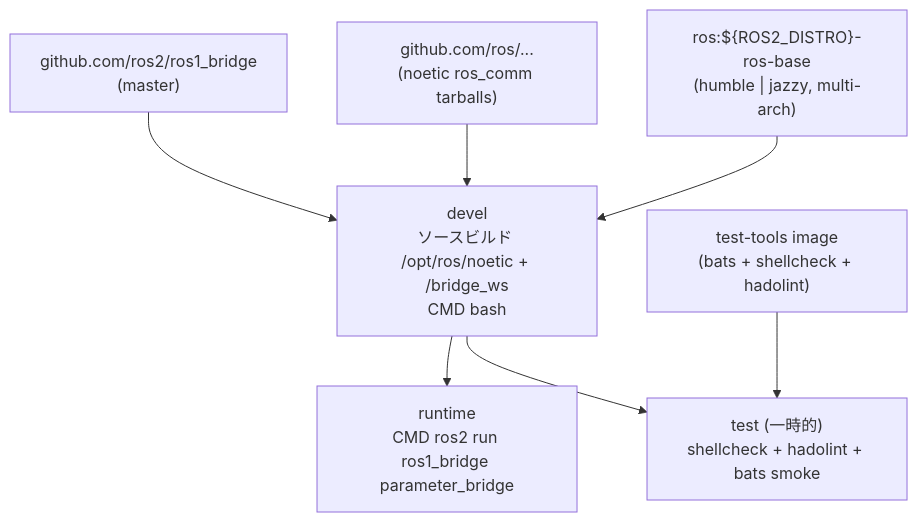
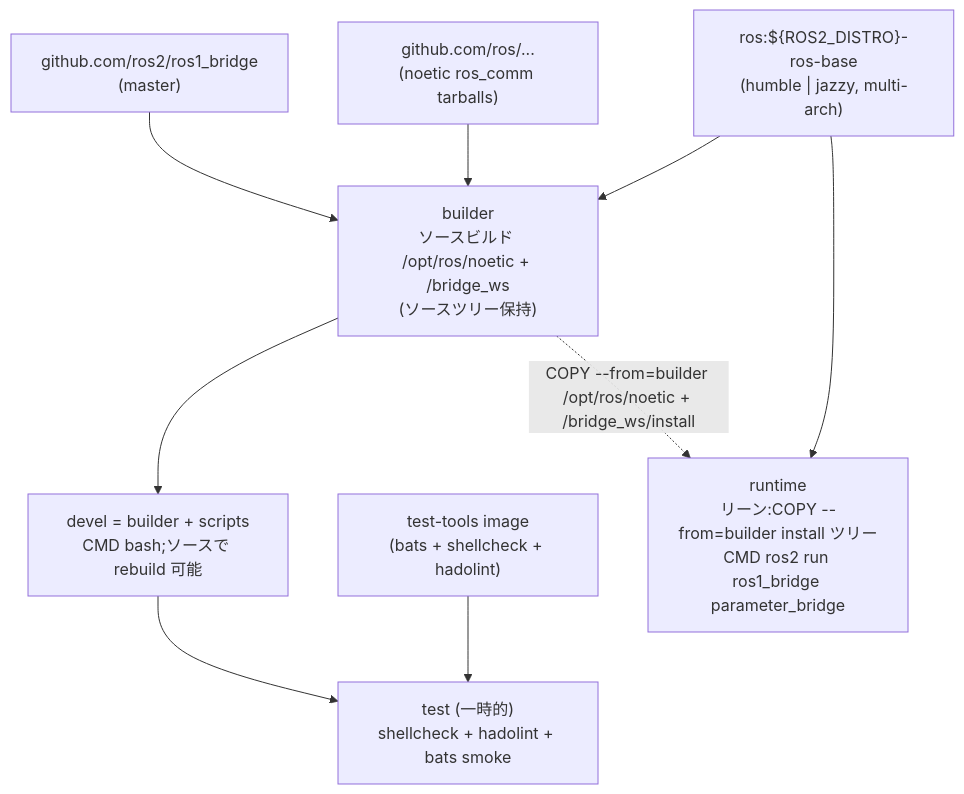
One commit to ycpss91255-docker/ros1_bridge changed the diagram in doc/README.ja.md. Above: the diagram before and after it, drawn with Mermaid. The commit also changed other lines of this file and 8 other files, not shown here.

````diff
--- a/doc/README.ja.md
+++ b/doc/README.ja.md
@@ -188,17 +188,20 @@
 ```mermaid
 graph TD
     EXT1["test-tools image\n(bats + shellcheck + hadolint)"]
     EXT3["ros:${ROS2_DISTRO}-ros-base\n(humble | jazzy, multi-arch)"]
     EXT4["github.com/ros/...\n(noetic ros_comm tarballs)"]
     EXT5["github.com/ros2/ros1_bridge\n(master)"]
 
-    EXT3 --> devel["devel\nソースビルド /opt/ros/noetic + /bridge_ws\nCMD bash"]
-    EXT4 --> devel
-    EXT5 --> devel
+    EXT3 --> builder["builder\nソースビルド /opt/ros/noetic + /bridge_ws\n(ソースツリー保持)"]
+    EXT4 --> builder
+    EXT5 --> builder
 
-    devel --> runtime["runtime\nCMD ros2 run ros1_bridge parameter_bridge"]
+    builder --> devel["devel = builder + scripts\nCMD bash;ソースで rebuild 可能"]
+
+    EXT3 --> runtime["runtime\nリーン:COPY --from=builder install ツリー\nCMD ros2 run ros1_bridge parameter_bridge"]
+    builder -.->|COPY --from=builder /opt/ros/noetic + /bridge_ws/install| runtime
 
     EXT1 --> test["test (一時的)\nshellcheck + hadolint + bats smoke"]
     devel --> test
 
 ```
````
